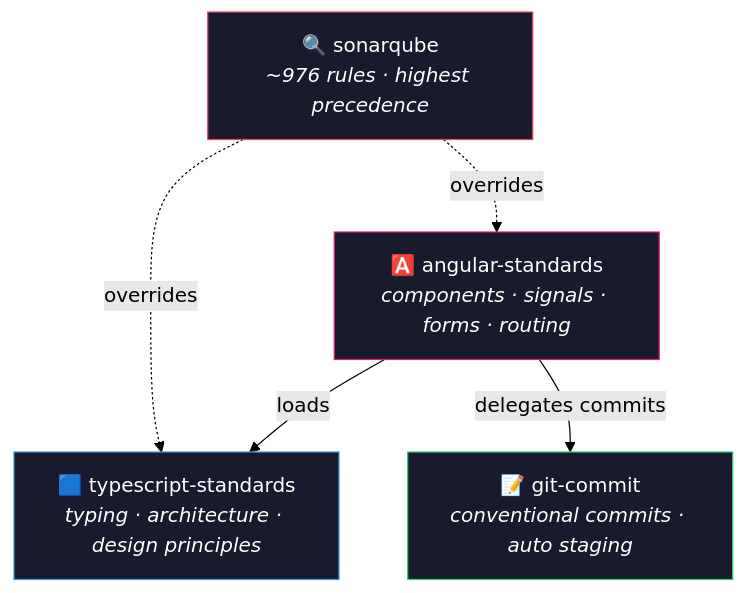
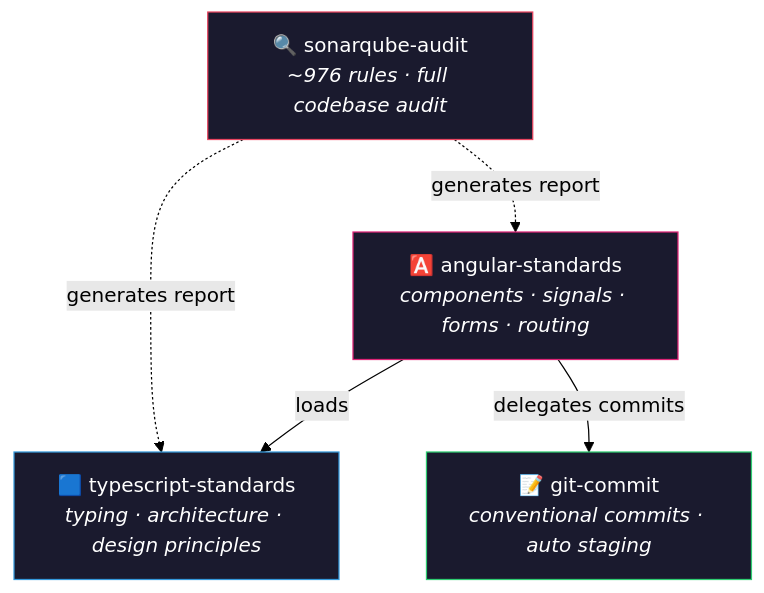
One commit to hebertpaziam/skills changed the diagram in README.md. Above: the diagram before and after it, drawn with Mermaid (forest theme). The commit also changed other lines of this file and 51 other files, not shown here.

````diff
--- a/README.md
+++ b/README.md
@@ -44,17 +44,17 @@
 ```mermaid
 graph TD
-    SQ["🔍 sonarqube<br/><i>~976 rules · highest precedence</i>"]
+    SQ["🔍 sonarqube-audit<br/><i>~976 rules · full codebase audit</i>"]
     AG["🅰️ angular-standards<br/><i>components · signals · forms · routing</i>"]
     TS["🟦 typescript-standards<br/><i>typing · architecture · design principles</i>"]
     GC["📝 git-commit<br/><i>conventional commits · auto staging</i>"]
 
-    SQ -. "overrides" .-> AG
-    SQ -. "overrides" .-> TS
+    SQ -. "generates report" .-> AG
+    SQ -. "generates report" .-> TS
     AG -- "loads" --> TS
     AG -- "delegates commits" --> GC
 
     style SQ fill:#1a1a2e,stroke:#e94560,color:#fff
     style AG fill:#1a1a2e,stroke:#dd2476,color:#fff
     style TS fill:#1a1a2e,stroke:#3498db,color:#fff
     style GC fill:#1a1a2e,stroke:#2ecc71,color:#fff
 ```
````
